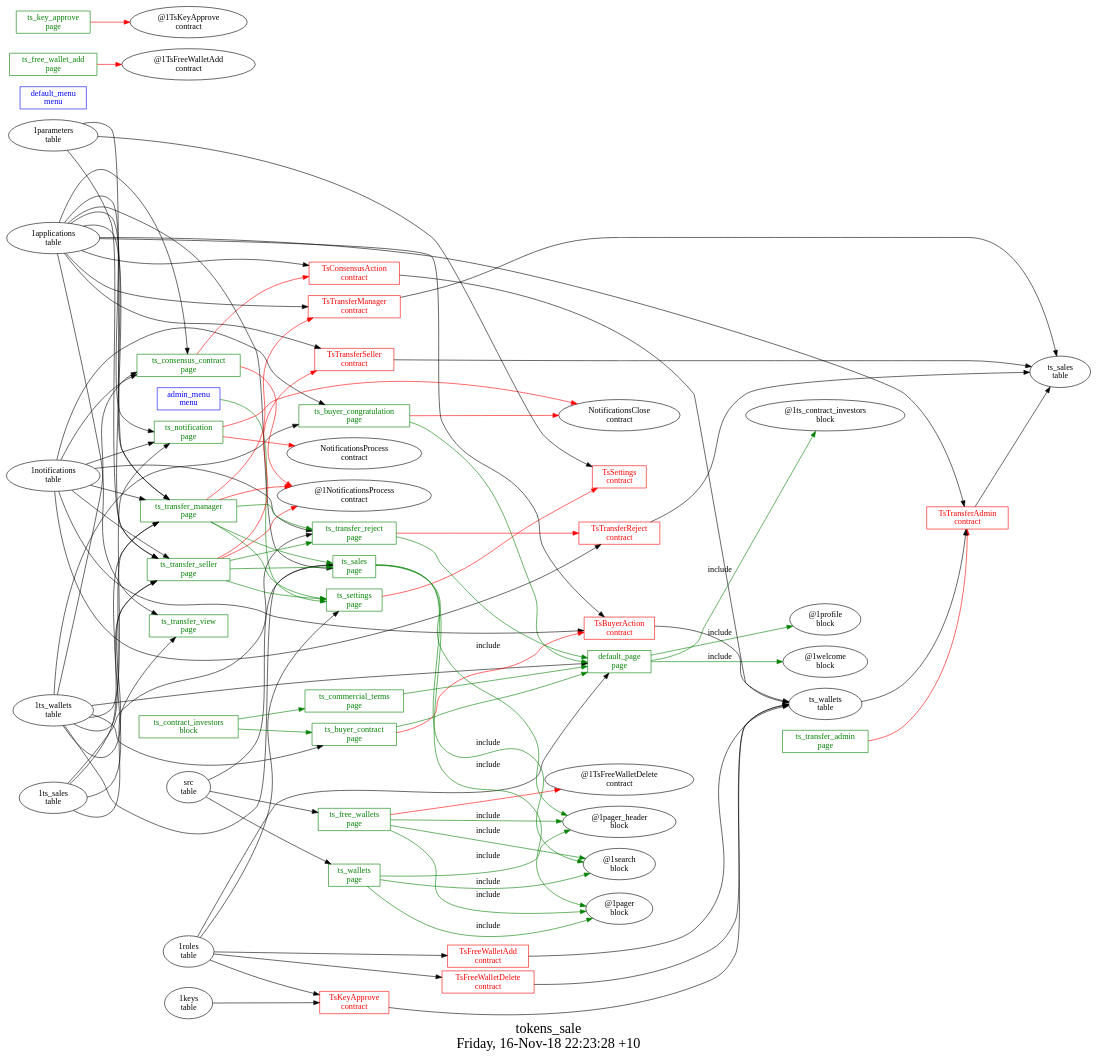
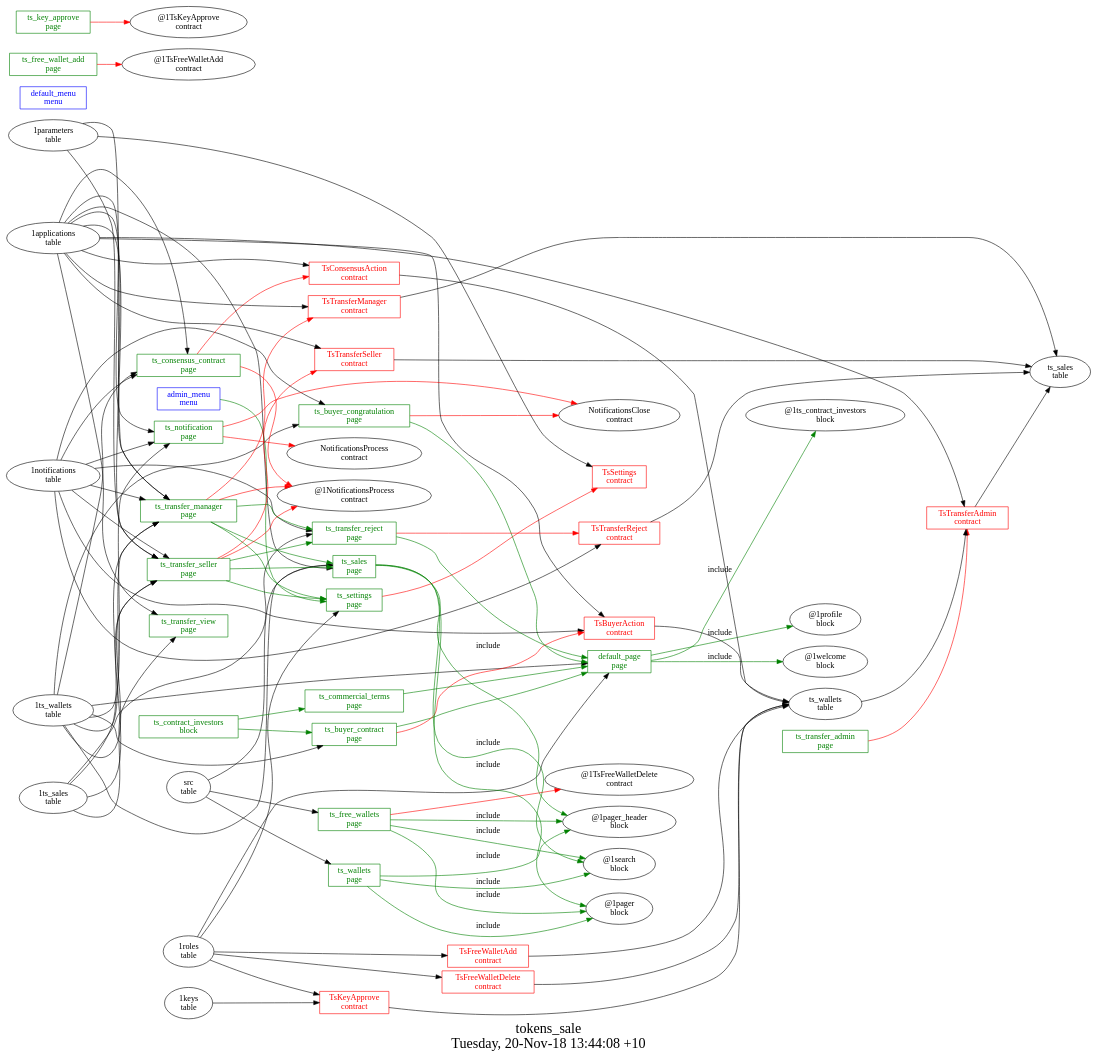
One commit to AplaProject/apps changed the diagram in other/tokens_sale/struct.dot. Above: the diagram before and after it, drawn with Graphviz. The commit also changed 3 other files, not shown here.

```diff
--- a/other/tokens_sale/struct.dot
+++ b/other/tokens_sale/struct.dot
@@ -1,134 +1,134 @@
 digraph G {
 fontsize="24";
-label="tokens_sale\nFriday, 16-Nov-18 22:23:28 +10";
+label="tokens_sale\nTuesday, 20-Nov-18 13:44:08 +10";
 nojustify=true;
 ordering=out;
 rankdir=LR;
 size="30";
 "admin_menu\nmenu" -> "ts_settings\npage"  [ color=green ]
 "admin_menu\nmenu" [color=blue, fontcolor=blue, group=menus, shape=record];
 "default_menu\nmenu" [color=blue, fontcolor=blue, group=menus, shape=record];
 "1ts_wallets\ntable" -> "default_page\npage"
 "1roles\ntable" -> "default_page\npage"
 "default_page\npage" -> "@1ts_contract_investors\nblock"  [ color=green, label=include ]
 "default_page\npage" -> "@1profile\nblock"  [ color=green, label=include ]
 "default_page\npage" -> "@1welcome\nblock"  [ color=green, label=include ]
 "default_page\npage" [color=green, fontcolor=green, group=pages, shape=record];
 "ts_buyer_congratulation\npage" -> "NotificationsClose\ncontract"  [ color=red ]
 "1ts_wallets\ntable" -> "ts_buyer_congratulation\npage"
 "1notifications\ntable" -> "ts_buyer_congratulation\npage"
 "ts_buyer_congratulation\npage" -> "default_page\npage"  [ color=green ]
 "ts_buyer_congratulation\npage" [color=green, fontcolor=green, group=pages, shape=record];
 "ts_buyer_contract\npage" -> "TsBuyerAction\ncontract"  [ color=red ]
 "1ts_wallets\ntable" -> "ts_buyer_contract\npage"
 "ts_buyer_contract\npage" -> "default_page\npage"  [ color=green ]
 "ts_buyer_contract\npage" [color=green, fontcolor=green, group=pages, shape=record];
 "ts_commercial_terms\npage" -> "default_page\npage"  [ color=green ]
 "ts_commercial_terms\npage" [color=green, fontcolor=green, group=pages, shape=record];
 "ts_consensus_contract\npage" -> "TsConsensusAction\ncontract"  [ color=red ]
 "ts_consensus_contract\npage" -> "@1NotificationsProcess\ncontract"  [ color=red ]
 "1applications\ntable" -> "ts_consensus_contract\npage"
 "1notifications\ntable" -> "ts_consensus_contract\npage"
 "1ts_wallets\ntable" -> "ts_consensus_contract\npage"
 "ts_consensus_contract\npage" [color=green, fontcolor=green, group=pages, shape=record];
 "ts_free_wallet_add\npage" -> "@1TsFreeWalletAdd\ncontract"  [ color=red ]
 "ts_free_wallet_add\npage" [color=green, fontcolor=green, group=pages, shape=record];
 "ts_free_wallets\npage" -> "@1TsFreeWalletDelete\ncontract"  [ color=red ]
 "src\ntable" -> "ts_free_wallets\npage"
 "ts_free_wallets\npage" -> "@1pager_header\nblock"  [ color=green, label=include ]
 "ts_free_wallets\npage" -> "@1search\nblock"  [ color=green, label=include ]
 "ts_free_wallets\npage" -> "@1pager\nblock"  [ color=green, label=include ]
 "ts_free_wallets\npage" [color=green, fontcolor=green, group=pages, shape=record];
 "ts_key_approve\npage" -> "@1TsKeyApprove\ncontract"  [ color=red ]
 "ts_key_approve\npage" [color=green, fontcolor=green, group=pages, shape=record];
 "ts_notification\npage" -> "NotificationsClose\ncontract"  [ color=red ]
 "ts_notification\npage" -> "NotificationsProcess\ncontract"  [ color=red ]
 "1applications\ntable" -> "ts_notification\npage"
 "1notifications\ntable" -> "ts_notification\npage"
 "1ts_wallets\ntable" -> "ts_notification\npage"
 "ts_notification\npage" [color=green, fontcolor=green, group=pages, shape=record];
 "1applications\ntable" -> "ts_sales\npage"
 "src\ntable" -> "ts_sales\npage"
 "1ts_wallets\ntable" -> "ts_sales\npage"
 "ts_sales\npage" -> "@1pager_header\nblock"  [ color=green, label=include ]
 "ts_sales\npage" -> "@1search\nblock"  [ color=green, label=include ]
 "ts_sales\npage" -> "@1pager\nblock"  [ color=green, label=include ]
 "ts_sales\npage" [color=green, fontcolor=green, group=pages, shape=record];
 "ts_settings\npage" -> "TsSettings\ncontract"  [ color=red ]
 "1roles\ntable" -> "ts_settings\npage"
 "ts_settings\npage" [color=green, fontcolor=green, group=pages, shape=record];
 "ts_transfer_admin\npage" -> "TsTransferAdmin\ncontract"  [ color=red ]
 "ts_transfer_admin\npage" [color=green, fontcolor=green, group=pages, shape=record];
 "ts_transfer_manager\npage" -> "TsTransferManager\ncontract"  [ color=red ]
 "ts_transfer_manager\npage" -> "@1NotificationsProcess\ncontract"  [ color=red ]
 "1applications\ntable" -> "ts_transfer_manager\npage"
 "1notifications\ntable" -> "ts_transfer_manager\npage"
 "1ts_sales\ntable" -> "ts_transfer_manager\npage"
 "1ts_wallets\ntable" -> "ts_transfer_manager\npage"
 "1parameters\ntable" -> "ts_transfer_manager\npage"
 "ts_transfer_manager\npage" -> "ts_transfer_reject\npage"  [ color=green ]
 "ts_transfer_manager\npage" -> "ts_sales\npage"  [ color=green ]
 "ts_transfer_manager\npage" -> "ts_settings\npage"  [ color=green ]
 "ts_transfer_manager\npage" [color=green, fontcolor=green, group=pages, shape=record];
 "ts_transfer_reject\npage" -> "TsTransferReject\ncontract"  [ color=red ]
 "1notifications\ntable" -> "ts_transfer_reject\npage"
 "1ts_sales\ntable" -> "ts_transfer_reject\npage"
 "ts_transfer_reject\npage" -> "default_page\npage"  [ color=green ]
 "ts_transfer_reject\npage" [color=green, fontcolor=green, group=pages, shape=record];
 "ts_transfer_seller\npage" -> "TsTransferSeller\ncontract"  [ color=red ]
 "ts_transfer_seller\npage" -> "@1NotificationsProcess\ncontract"  [ color=red ]
 "1applications\ntable" -> "ts_transfer_seller\npage"
 "1notifications\ntable" -> "ts_transfer_seller\npage"
 "1ts_sales\ntable" -> "ts_transfer_seller\npage"
 "1ts_wallets\ntable" -> "ts_transfer_seller\npage"
 "1parameters\ntable" -> "ts_transfer_seller\npage"
 "ts_transfer_seller\npage" -> "ts_transfer_reject\npage"  [ color=green ]
 "ts_transfer_seller\npage" -> "ts_sales\npage"  [ color=green ]
 "ts_transfer_seller\npage" -> "ts_settings\npage"  [ color=green ]
 "ts_transfer_seller\npage" [color=green, fontcolor=green, group=pages, shape=record];
 "1applications\ntable" -> "ts_transfer_view\npage"
 "1ts_sales\ntable" -> "ts_transfer_view\npage"
 "ts_transfer_view\npage" [color=green, fontcolor=green, group=pages, shape=record];
 "src\ntable" -> "ts_wallets\npage"
 "ts_wallets\npage" -> "@1pager_header\nblock"  [ color=green, label=include ]
 "ts_wallets\npage" -> "@1search\nblock"  [ color=green, label=include ]
 "ts_wallets\npage" -> "@1pager\nblock"  [ color=green, label=include ]
 "ts_wallets\npage" [color=green, fontcolor=green, group=pages, shape=record];
 "ts_contract_investors\nblock" -> "ts_commercial_terms\npage"  [ color=green ]
 "ts_contract_investors\nblock" -> "ts_buyer_contract\npage"  [ color=green ]
 "ts_contract_investors\nblock" [color=green, fontcolor=green, group=blocks, shape=record];
 "TsBuyerAction\ncontract" -> "ts_wallets\ntable"  [ color="" ]
 "1applications\ntable" -> "TsBuyerAction\ncontract"
 "1notifications\ntable" -> "TsBuyerAction\ncontract"
 "TsBuyerAction\ncontract" [color=red, fontcolor=red, group=contracts, shape=record];
 "TsConsensusAction\ncontract" -> "ts_wallets\ntable"  [ color="" ]
 "1applications\ntable" -> "TsConsensusAction\ncontract"
 "TsConsensusAction\ncontract" [color=red, fontcolor=red, group=contracts, shape=record];
 "TsFreeWalletAdd\ncontract" -> "ts_wallets\ntable"  [ color="" ]
 "1roles\ntable" -> "TsFreeWalletAdd\ncontract"
 "TsFreeWalletAdd\ncontract" [color=red, fontcolor=red, group=contracts, shape=record];
 "TsFreeWalletDelete\ncontract" -> "ts_wallets\ntable"  [ color="" ]
 "1roles\ntable" -> "TsFreeWalletDelete\ncontract"
 "TsFreeWalletDelete\ncontract" [color=red, fontcolor=red, group=contracts, shape=record];
 "TsKeyApprove\ncontract" -> "ts_wallets\ntable"  [ color="" ]
 "1keys\ntable" -> "TsKeyApprove\ncontract"
 "1roles\ntable" -> "TsKeyApprove\ncontract"
 "TsKeyApprove\ncontract" [color=red, fontcolor=red, group=contracts, shape=record];
 "1parameters\ntable" -> "TsSettings\ncontract"
 "TsSettings\ncontract" [color=red, fontcolor=red, group=contracts, shape=record];
 "TsTransferAdmin\ncontract" -> "ts_sales\ntable"  [ color="" ]
 "1applications\ntable" -> "TsTransferAdmin\ncontract"
 "ts_wallets\ntable" -> "TsTransferAdmin\ncontract"
 "TsTransferAdmin\ncontract" [color=red, fontcolor=red, group=contracts, shape=record];
 "TsTransferManager\ncontract" -> "ts_sales\ntable"  [ color="" ]
 "1applications\ntable" -> "TsTransferManager\ncontract"
 "TsTransferManager\ncontract" [color=red, fontcolor=red, group=contracts, shape=record];
 "TsTransferReject\ncontract" -> "ts_sales\ntable"  [ color="" ]
 "1notifications\ntable" -> "TsTransferReject\ncontract"
 "TsTransferReject\ncontract" [color=red, fontcolor=red, group=contracts, shape=record];
 "TsTransferSeller\ncontract" -> "ts_sales\ntable"  [ color="" ]
 "1applications\ntable" -> "TsTransferSeller\ncontract"
 "TsTransferSeller\ncontract" [color=red, fontcolor=red, group=contracts, shape=record];
 "ts_sales\ntable" [color="", fontcolor="", group=tables, shape=""];
 "ts_wallets\ntable" [color="", fontcolor="", group=tables, shape=""];
 }
```
